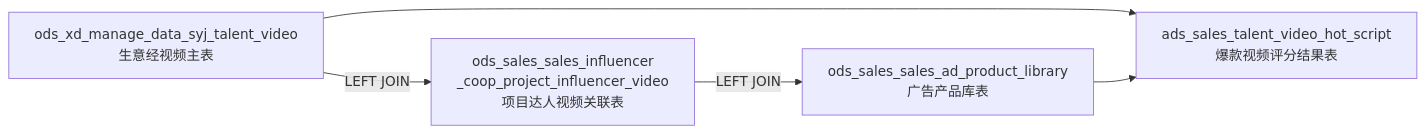
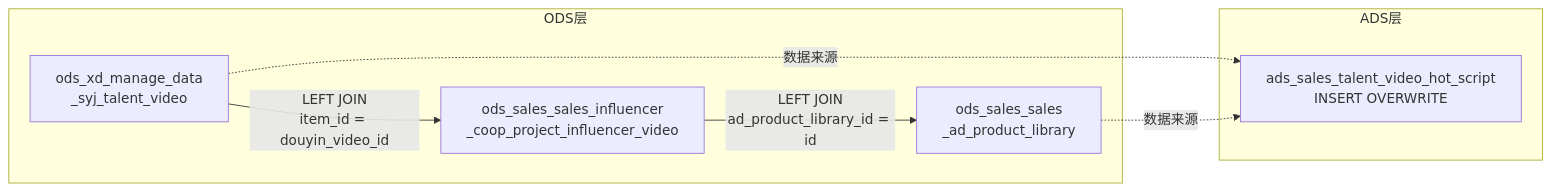
Before and after one commit to shenjiangshuai3-creator/obsidian-vault: the second of 3 diagrams in SQL笔记/07-日常工作总结/达人项目合作ER图完整版.md, drawn with Mermaid. The commit also changed other lines of this file, not shown here.

Commit message:
修复ER图，更正表关系和数据血缘

````diff
--- a/SQL笔记/07-日常工作总结/达人项目合作ER图完整版.md
+++ b/SQL笔记/07-日常工作总结/达人项目合作ER图完整版.md
@@ -157,7 +130,17 @@
 ```mermaid
 graph LR
-    A[ods_xd_manage_data_syj_talent_video<br/>生意经视频主表] -->|LEFT JOIN| B[ods_sales_sales_influencer<br/>_coop_project_influencer_video<br/>项目达人视频关联表]
-    B -->|LEFT JOIN| C[ods_sales_sales_ad_product_library<br/>广告产品库表]
-    A --> D[ads_sales_talent_video_hot_script<br/>爆款视频评分结果表]
-    C --> D
+    subgraph ODS层
+        A[ods_xd_manage_data<br/>_syj_talent_video]
+        B[ods_sales_sales_influencer<br/>_coop_project_influencer_video]
+        C[ods_sales_sales<br/>_ad_product_library]
+    end
+    
+    subgraph ADS层
+        D[ads_sales_talent_video_hot_script<br/>INSERT OVERWRITE]
+    end
+    
+    A -- "LEFT JOIN<br/>item_id = douyin_video_id" --> B
+    B -- "LEFT JOIN<br/>ad_product_library_id = id" --> C
+    A -.->|数据来源| D
+    C -.->|数据来源| D
 ```
````
